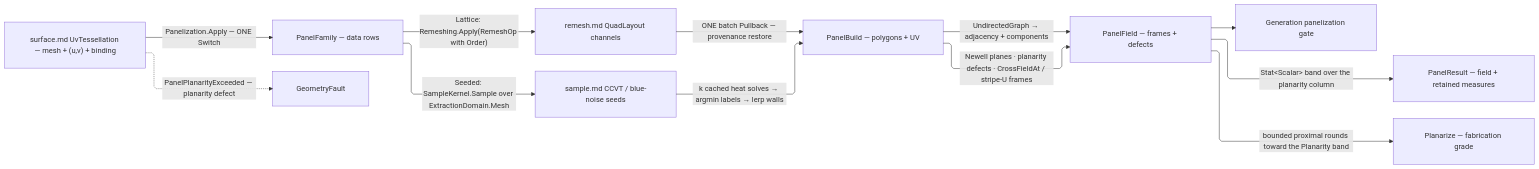
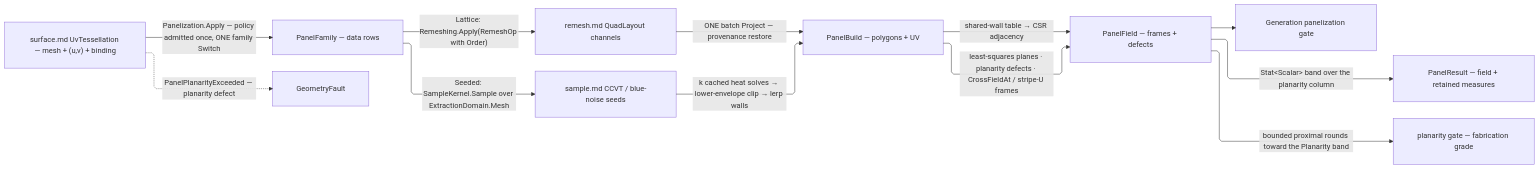
One commit to bsamiee/Rasm changed the diagram in libs/dotnet/Rasm/.planning/Parametric/panelize.md. Above: the diagram before and after it, drawn with Mermaid. The commit also changed other lines of this file and 47 other files, not shown here.

````diff
--- a/libs/dotnet/Rasm/.planning/Parametric/panelize.md
+++ b/libs/dotnet/Rasm/.planning/Parametric/panelize.md
@@ -527,23 +516,23 @@
 ```mermaid
 ---
 config:
   layout: elk
   flowchart:
     curve: linear
     padding: 25
 ---
 flowchart LR
     accTitle: Panelization flow
-    accDescr: PanelOp folds seeds through the cross-field remesh and pullback into the PanelField SoA wire with frames, planarity, adjacency, component, shape-class, and flip-parity columns.
-    UvT["surface.md UvTessellation — mesh + (u,v) + binding"] -->|"Panelization.Apply — ONE Switch"| Family["PanelFamily — data rows"]
+    accDescr: Panelization.Apply folds seeds through the cross-field remesh and projection into the PanelField SoA wire with frames, planarity, adjacency, shape-class, and flip-parity columns, gated on planarity before it leaves.
+    UvT["surface.md UvTessellation — mesh + (u,v) + binding"] -->|"Panelization.Apply — policy admitted once, ONE family Switch"| Family["PanelFamily — data rows"]
     Family -->|"Lattice: Remeshing.Apply(RemeshOp with Order)"| Remesh["remesh.md QuadLayout channels"]
-    Remesh -->|"ONE batch Pullback — provenance restore"| Build["PanelBuild — polygons + UV"]
+    Remesh -->|"ONE batch Project — provenance restore"| Build["PanelBuild — polygons + UV"]
     Family -->|"Seeded: SampleKernel.Sample over ExtractionDomain.Mesh"| Seeds["sample.md CCVT / blue-noise seeds"]
-    Seeds -->|"k cached heat solves → argmin labels → lerp walls"| Build
-    Build -->|"Newell planes · planarity defects · CrossFieldAt / stripe-U frames"| Field["PanelField — frames + defects"]
-    Build -->|"UndirectedGraph → adjacency + components"| Field
+    Seeds -->|"k cached heat solves → lower-envelope clip → lerp walls"| Build
+    Build -->|"least-squares planes · planarity defects · CrossFieldAt / stripe-U frames"| Field["PanelField — frames + defects"]
+    Build -->|"shared-wall table → CSR adjacency"| Field
     Field -->|"Stat&lt;Scalar&gt; band over the planarity column"| Result["PanelResult — field + retained measures"]
-    Field -->|"bounded proximal rounds toward the Planarity band"| Planar["Planarize — fabrication grade"]
+    Field -->|"bounded proximal rounds toward the Planarity band"| Planar["planarity gate — fabrication grade"]
     Field --> Gate["Generation panelization gate"]
     UvT -.->|"PanelPlanarityExceeded — planarity defect"| GeometryFault
 ```
````
